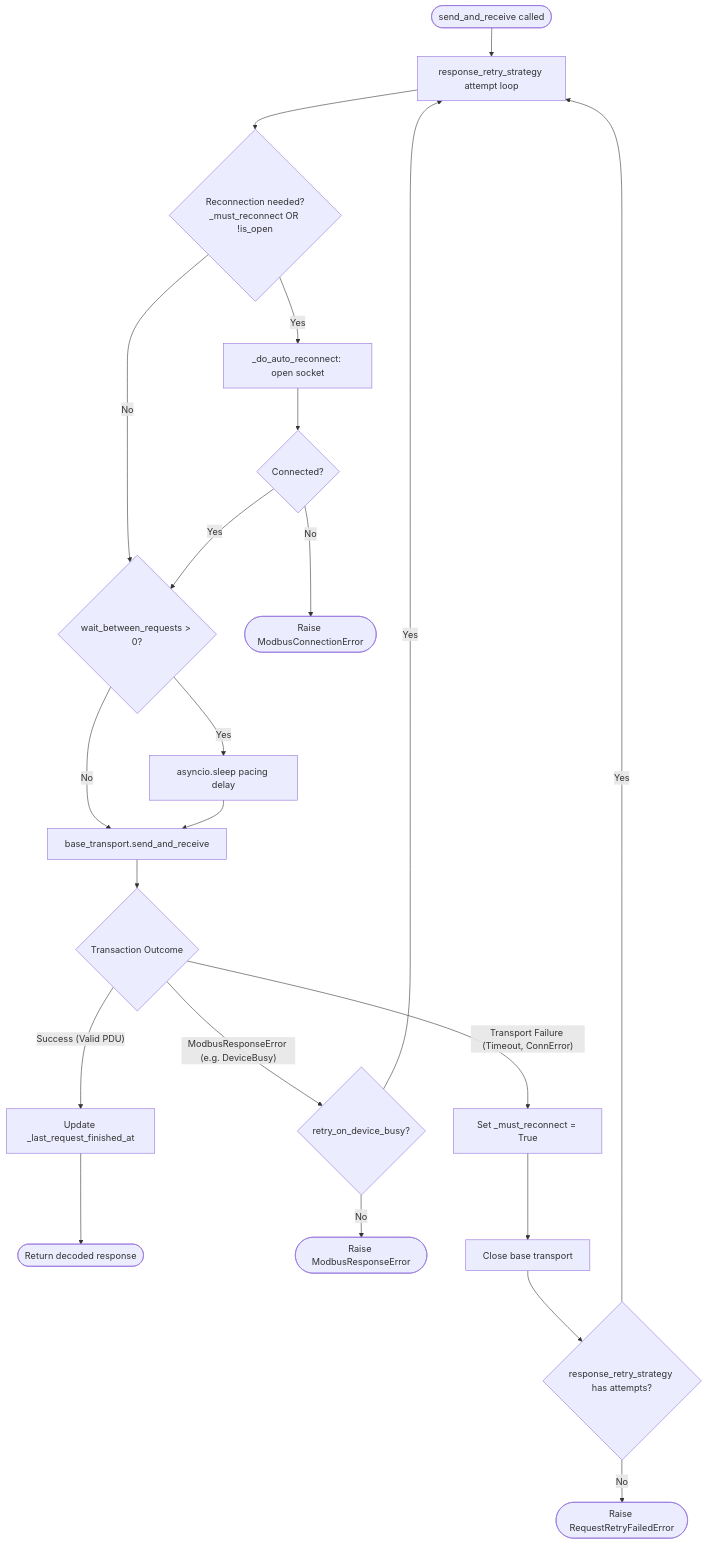
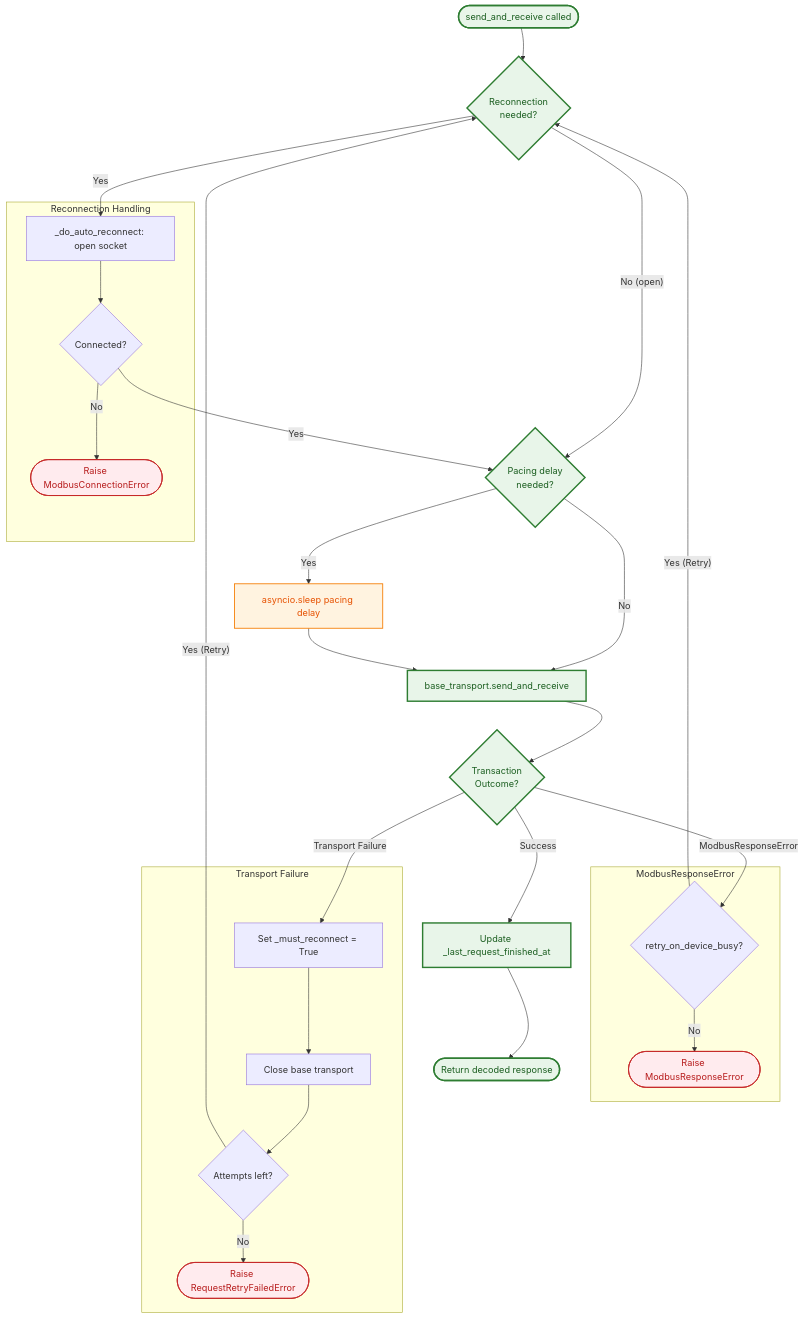
Before and after one commit to wlcrs/tmodbus: the diagram in docs/source/smart.rst, drawn with Mermaid.

Commit message:
Show tenacity waits in diagram

```diff
--- a/docs/source/smart.rst
+++ b/docs/source/smart.rst
@@ -161,32 +161,72 @@
 .. mermaid::
 
     flowchart TD
-        Start([send_and_receive called]) --> OuterLoop[response_retry_strategy attempt loop]
+        %% --- HAPPY PATH (Centered Backbone) ---
+        Start([send_and_receive called])
+        CheckNeedReconnect{Reconnection<br/>needed?}
+        CheckPacing{Pacing delay<br/>needed?}
+        SendPDU[base_transport.send_and_receive]
+        ResultType{Transaction<br/>Outcome?}
+        UpdatePacing[Update _last_request_finished_at]
+        ReturnResponse([Return decoded response])
 
-        OuterLoop --> CheckNeedReconnect{Reconnection needed?<br/>_must_reconnect OR !is_open}
+        %% Direct vertical spine
+        Start --> CheckNeedReconnect
+        CheckNeedReconnect -- "No (open)" --> CheckPacing
+        CheckPacing -- "No" --> SendPDU
+        SendPDU --> ResultType
+        ResultType -- "Success" --> UpdatePacing
+        UpdatePacing --> ReturnResponse
 
-        CheckNeedReconnect -- Yes --> DoReconnect[_do_auto_reconnect: open socket]
-        CheckNeedReconnect -- No --> CheckPacing{wait_between_requests > 0?}
+        %% Anchor the vertical backbone
+        Start ~~~ CheckNeedReconnect ~~~ CheckPacing ~~~ SendPDU ~~~ ResultType ~~~ UpdatePacing ~~~ ReturnResponse
 
-        DoReconnect --> ReconnectSuccess{Connected?}
-        ReconnectSuccess -- No --> RaiseConnError([Raise ModbusConnectionError])
-        ReconnectSuccess -- Yes --> CheckPacing
+        %% --- PRE-TRANSACTION BRANCHES ---
+        subgraph ReconnectBranch [Reconnection Handling]
+            DoReconnect[_do_auto_reconnect: open socket]
+            ReconnectSuccess{Connected?}
+            RaiseConnError([Raise ModbusConnectionError]):::errNode
+        end
 
-        CheckPacing -- Yes --> SleepPacing[asyncio.sleep pacing delay]
-        CheckPacing -- No --> SendPDU[base_transport.send_and_receive]
+        CheckNeedReconnect -- "Yes" --> DoReconnect
+        DoReconnect --> ReconnectSuccess
+        ReconnectSuccess -- "Yes" --> CheckPacing
+        ReconnectSuccess -- "No" --> RaiseConnError
+
+        SleepPacing[asyncio.sleep pacing delay]:::waitNode
+        CheckPacing -- "Yes" --> SleepPacing
         SleepPacing --> SendPDU
 
-        SendPDU --> ResultType{Transaction Outcome}
+        %% --- POST-TRANSACTION: LEFT SIDE (ModbusResponseError) ---
+        subgraph AppErrorHandling [ModbusResponseError]
+            CheckBusyRetry{retry_on_device_busy?}
+            RaiseAppError([Raise ModbusResponseError]):::errNode
+        end
 
-        ResultType -- "Success (Valid PDU)" --> UpdatePacing[Update _last_request_finished_at]
-        UpdatePacing --> ReturnResponse([Return decoded response])
+        ResultType -- "ModbusResponseError" --> CheckBusyRetry
+        CheckBusyRetry -- "Yes (Retry)" --> CheckNeedReconnect
+        CheckBusyRetry -- "No" --> RaiseAppError
 
-        ResultType -- "ModbusResponseError (e.g. DeviceBusy)" --> CheckBusyRetry{retry_on_device_busy?}
-        CheckBusyRetry -- Yes --> OuterLoop
-        CheckBusyRetry -- No --> RaiseAppError([Raise ModbusResponseError])
+        %% --- POST-TRANSACTION: RIGHT SIDE (Transport Failure) ---
+        subgraph TransportFailureHandling [Transport Failure]
+            HandleFail[Set _must_reconnect = True]
+            CloseSocket[Close base transport]
+            CheckRetry{Attempts left?}
+            RaiseRetryFailed([Raise RequestRetryFailedError]):::errNode
+        end
 
-        ResultType -- "Transport Failure (Timeout, ConnError)" --> HandleFail[Set _must_reconnect = True]
-        HandleFail --> CloseSocket[Close base transport]
-        CloseSocket --> CheckRetry{response_retry_strategy has attempts?}
-        CheckRetry -- Yes --> OuterLoop
-        CheckRetry -- No --> RaiseRetryFailed([Raise RequestRetryFailedError])
+        ResultType -- "Transport Failure" --> HandleFail
+        HandleFail --> CloseSocket
+        CloseSocket --> CheckRetry
+        CheckRetry -- "Yes (Retry)" --> CheckNeedReconnect
+        CheckRetry -- "No" --> RaiseRetryFailed
+
+        %% Horizontal ordering between the two branches around the center spine
+        CheckBusyRetry ~~~ ResultType ~~~ HandleFail
+
+        %% --- STYLING ---
+        classDef happy stroke:#2e7d32,stroke-width:2.5px,fill:#e8f5e9,color:#1b5e20;
+        classDef errNode stroke:#c62828,stroke-width:1.5px,fill:#ffebee,color:#b71c1c;
+        classDef waitNode stroke:#f57c00,stroke-width:1.5px,fill:#fff3e0,color:#e65100;
+
+        class Start,CheckNeedReconnect,CheckPacing,SendPDU,ResultType,UpdatePacing,ReturnResponse happy;
```
